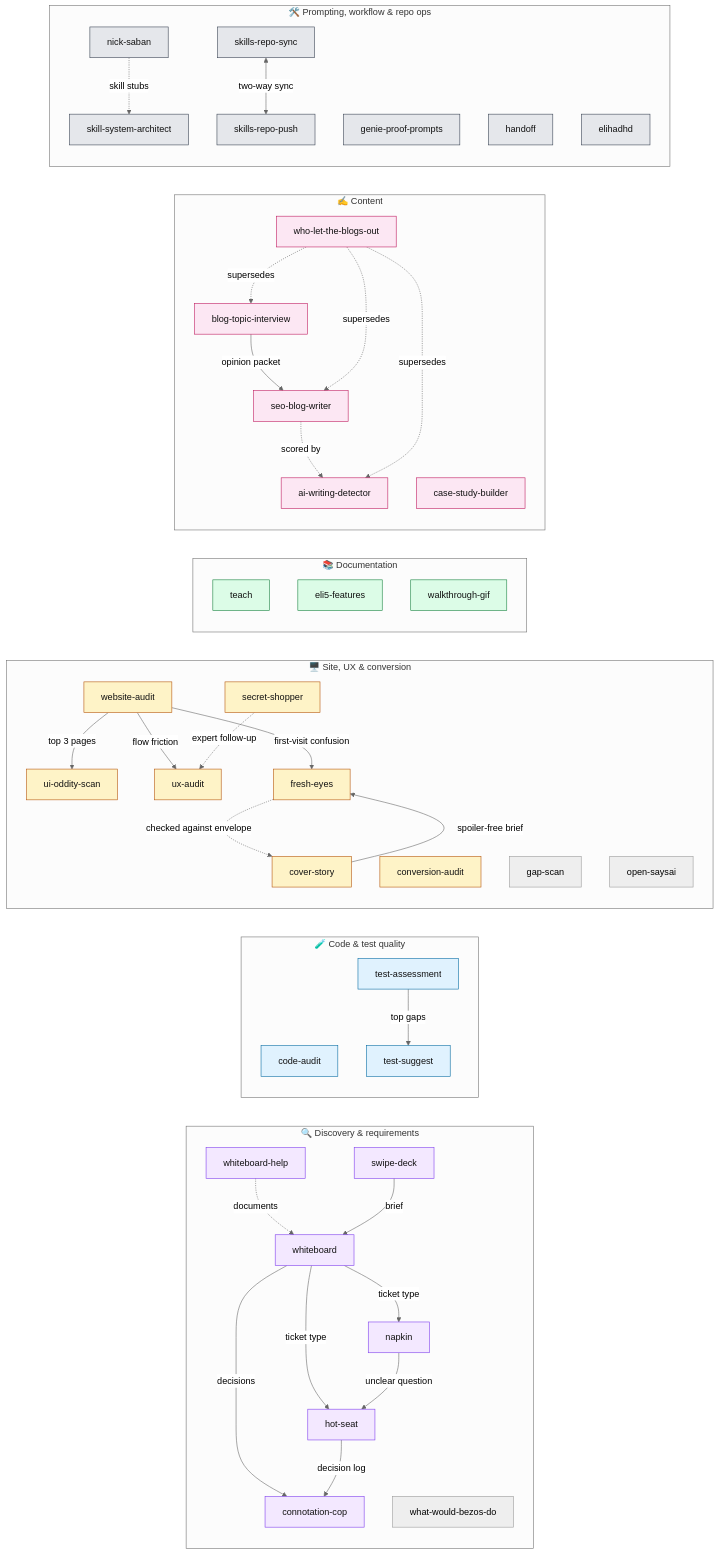
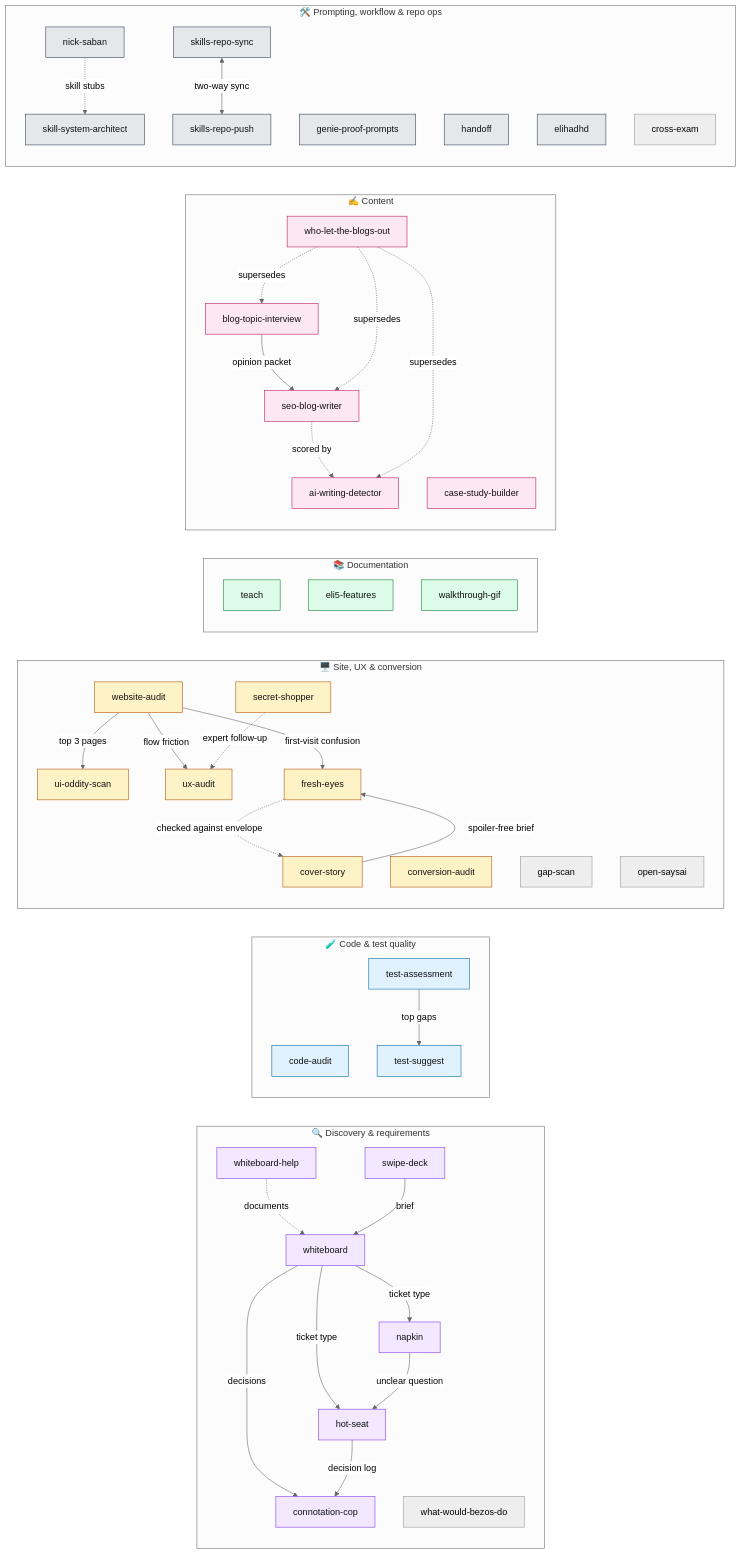
Before and after one commit to Theycallmeholla/skills: the diagram in README.md, drawn with Mermaid (neutral theme). The commit also changed other lines of this file and 1 other file, not shown here.

Commit message:
Add cross-exam skill

```diff
--- a/README.md
+++ b/README.md
@@ -97,6 +97,7 @@
         EA[elihadhd]
         SRS[skills-repo-sync]
         SRP[skills-repo-push]
+        CX[cross-exam]
     end
 
     WB -->|ticket type| HS
```
